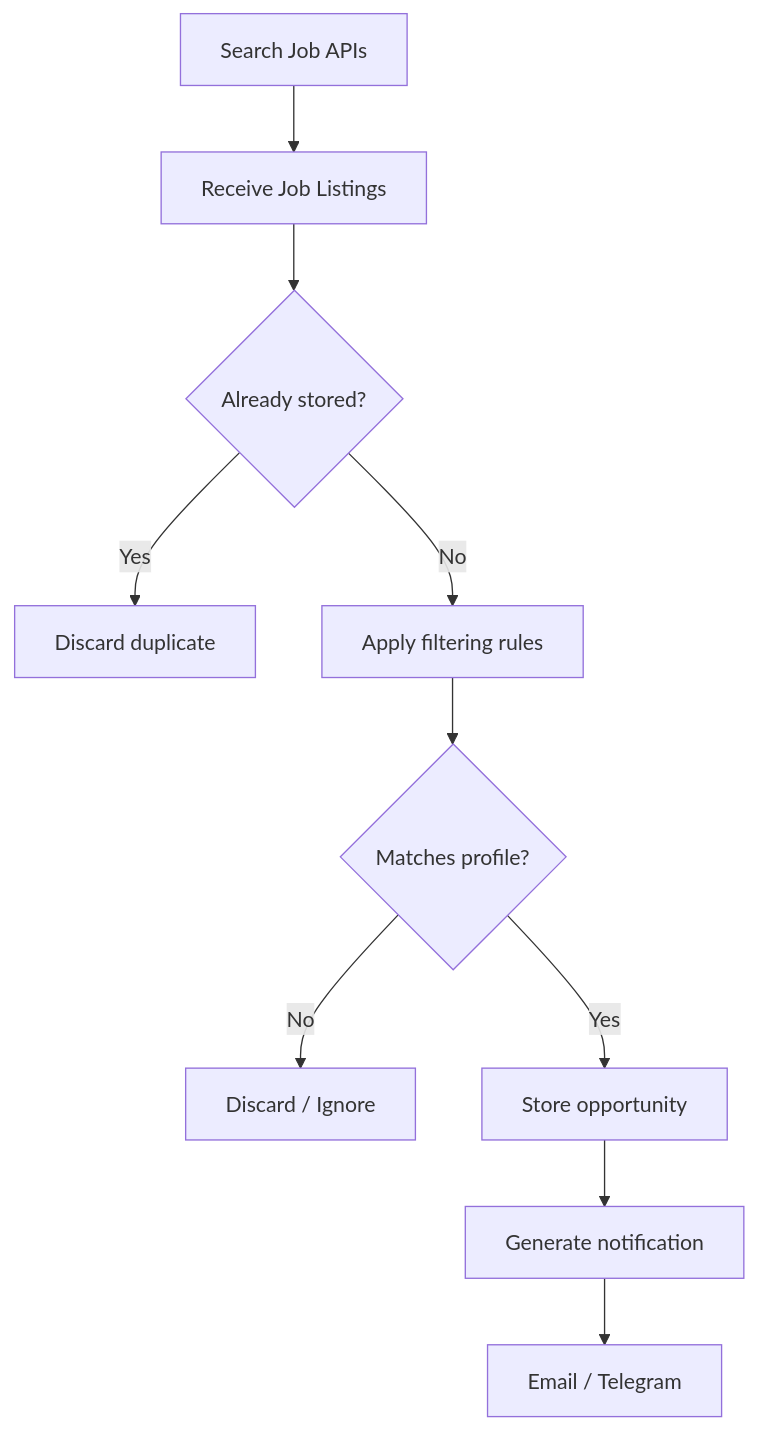
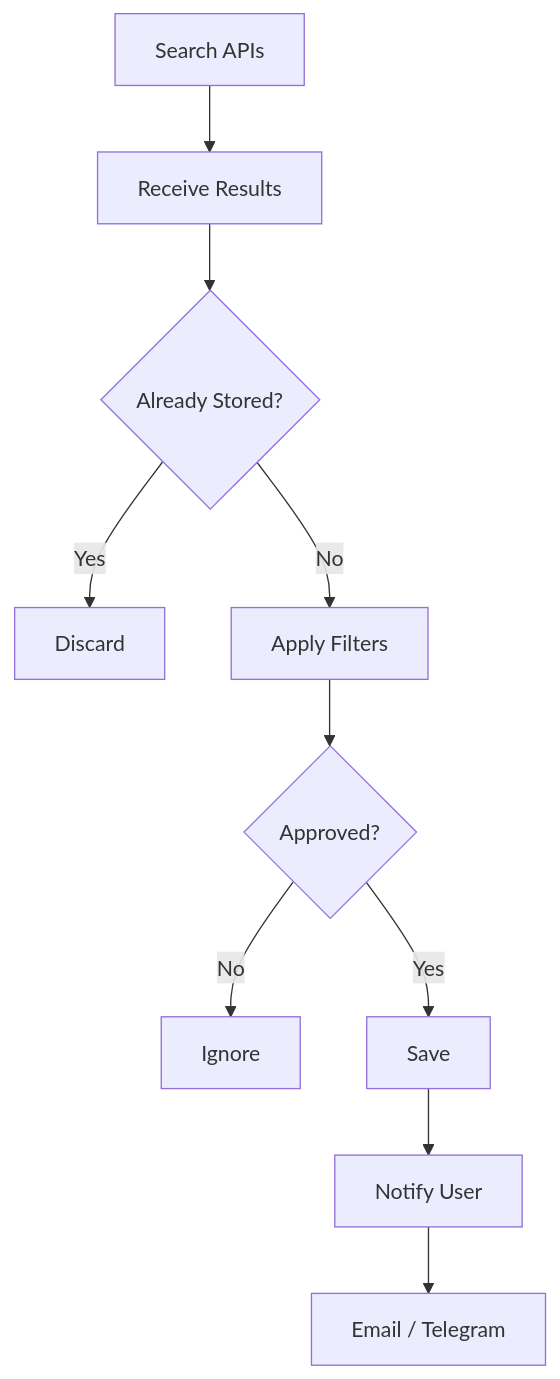
The second of 2 diagrams in README.md (itamarsb/python-job-search-automation), drawn with Mermaid before and after one commit. The commit also changed other lines of this file, not shown here.

````diff
--- a/README.md
+++ b/README.md
@@ -47,38 +98,41 @@
 ```mermaid
+flowchart TD
 
-flowchart TD
-    A["Search Job APIs"]
+A["Search APIs"]
 
-    B["Receive Job Listings"]
+B["Receive Results"]
 
-    C{"Already stored?"}
+C{"Already Stored?"}
 
-    D["Discard duplicate"]
+D["Discard"]
 
-    E["Apply filtering rules"]
+E["Apply Filters"]
 
-    F{"Matches profile?"}
+F{"Approved?"}
 
-    G["Discard / Ignore"]
+G["Ignore"]
 
-    H["Store opportunity"]
+H["Save"]
 
-    I["Generate notification"]
+I["Notify User"]
 
-    J["Email / Telegram"]
+J["Email / Telegram"]
 
-    A --> B
-    B --> C
+A --> B
 
-    C -->|Yes| D
-    C -->|No| E
+B --> C
 
-    E --> F
+C -->|Yes| D
 
-    F -->|No| G
-    F -->|Yes| H
+C -->|No| E
 
-    H --> I
-    I --> J
+E --> F
 
+F -->|No| G
+
+F -->|Yes| H
+
+H --> I
+
+I --> J
 ```
````
